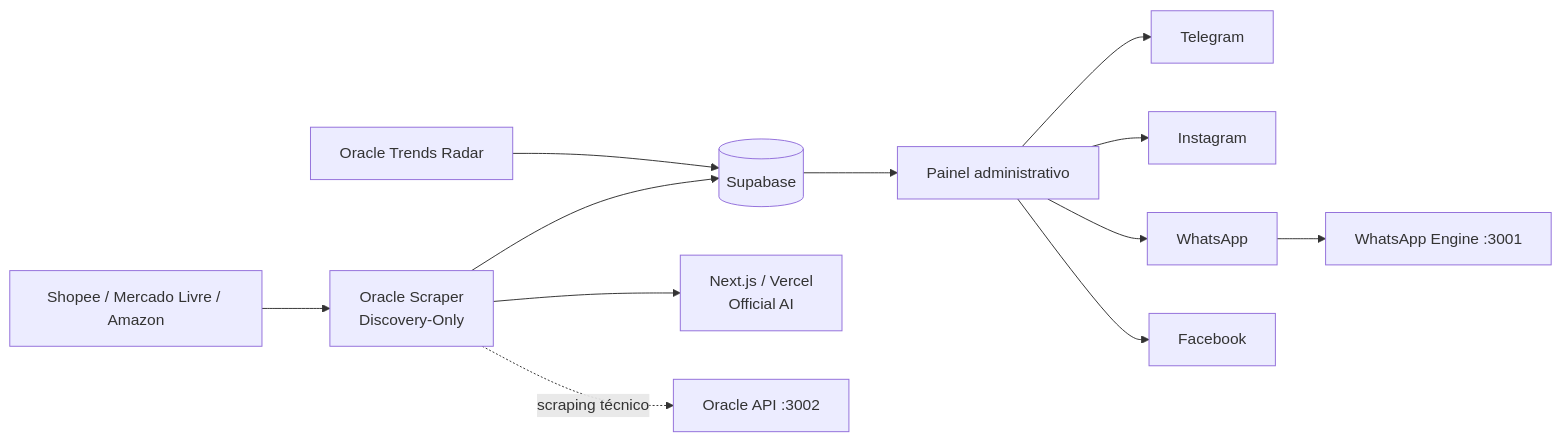
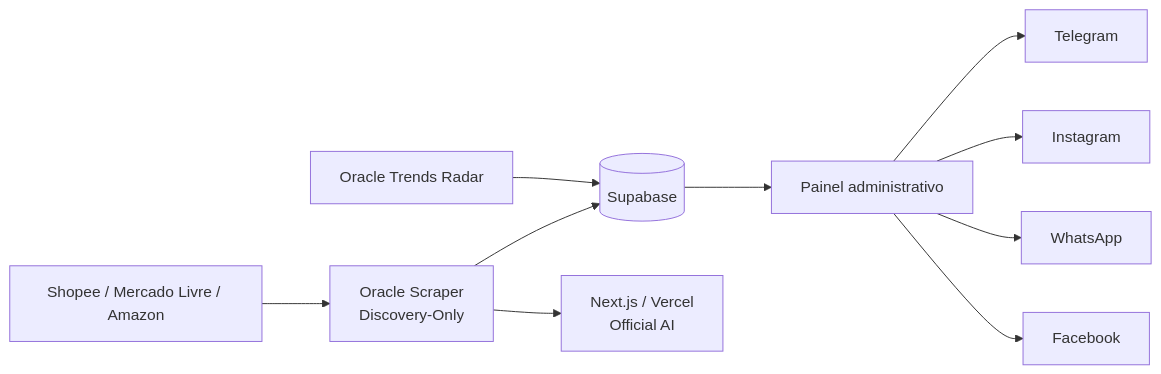
One commit to Andrejr82/Caca_OfertaOficial changed the first of 2 diagrams in docs/architecture-current.md. Above: the diagram before and after it, drawn with Mermaid. The commit also changed other lines of this file, not shown here.

````diff
--- a/docs/architecture-current.md
+++ b/docs/architecture-current.md
@@ -13,14 +13,12 @@
 ```mermaid
 flowchart LR
   M["Shopee / Mercado Livre / Amazon"] --> O["Oracle Scraper\nDiscovery-Only"]
   O --> S[("Supabase")]
   O --> V["Next.js / Vercel\nOfficial AI"]
   S --> P["Painel administrativo"]
   P --> TG["Telegram"]
   P --> IG["Instagram"]
   P --> WA["WhatsApp"]
   P --> FB["Facebook"]
-  O -. "scraping técnico" .-> OA["Oracle API :3002"]
-  WA --> WE["WhatsApp Engine :3001"]
   R["Oracle Trends Radar"] --> S
 ```
````
